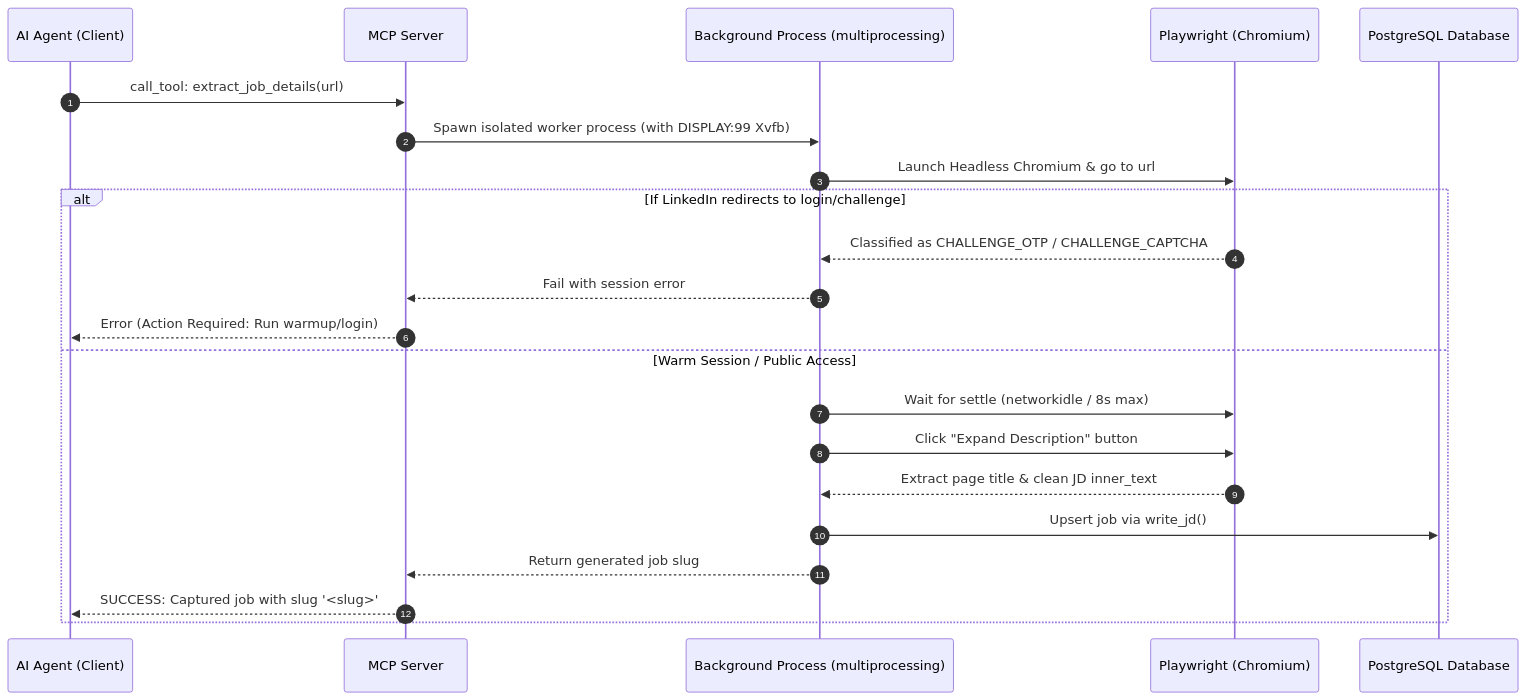
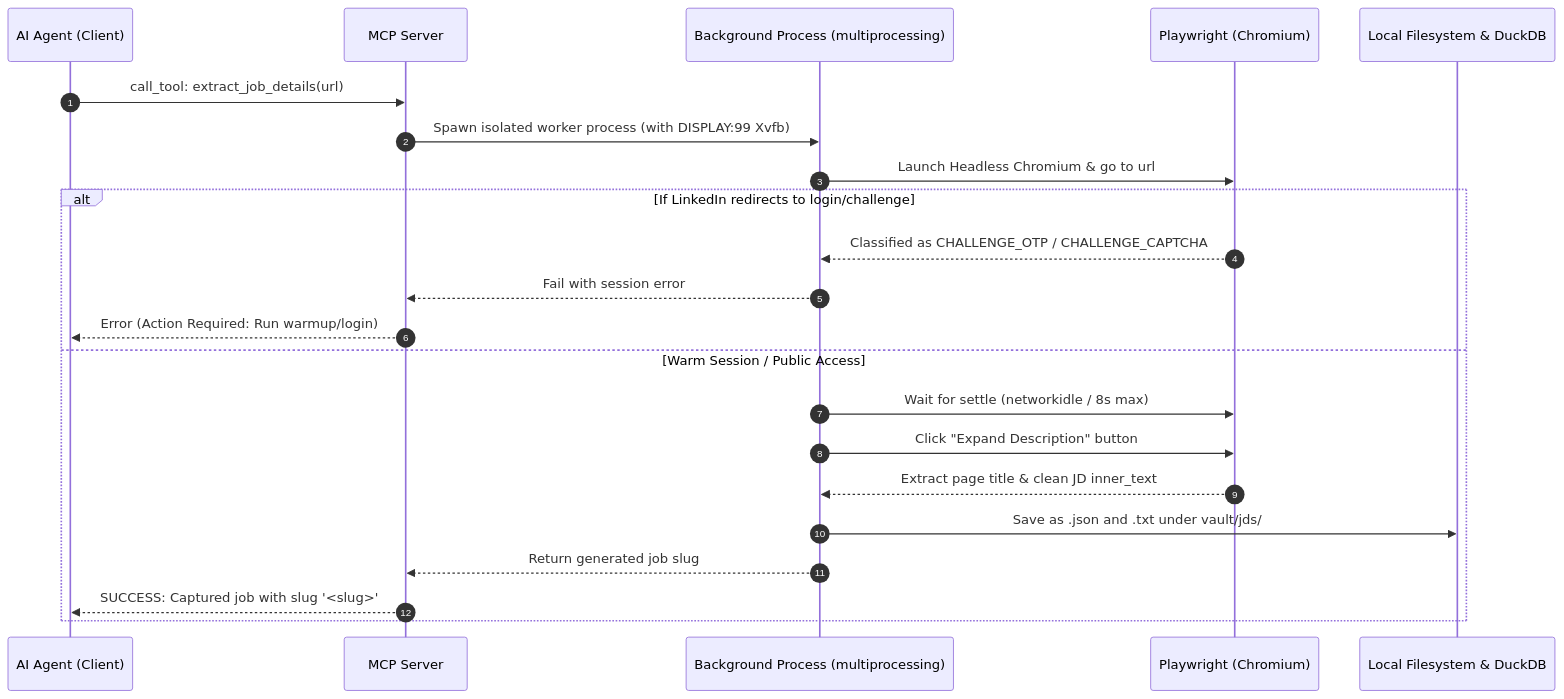
One commit to radheem/my-cv changed the third of 3 diagrams in docs/mcp-workflows.md. Above: the diagram before and after it, drawn with Mermaid. The commit also changed other lines of this file and 46 other files, not shown here.

````diff
--- a/docs/mcp-workflows.md
+++ b/docs/mcp-workflows.md
@@ -59,26 +59,26 @@
 ```mermaid
 sequenceDiagram
     autonumber
     participant Agent as AI Agent (Client)
     participant MCP as MCP Server
     participant Worker as Background Process (multiprocessing)
     participant Chrome as Playwright (Chromium)
-    participant DB as PostgreSQL Database
+    participant FS as Local Filesystem & DuckDB
 
     Agent->>MCP: call_tool: extract_job_details(url)
     MCP->>Worker: Spawn isolated worker process (with DISPLAY:99 Xvfb)
     Worker->>Chrome: Launch Headless Chromium & go to url
     
     alt If LinkedIn redirects to login/challenge
         Chrome-->>Worker: Classified as CHALLENGE_OTP / CHALLENGE_CAPTCHA
         Worker-->>MCP: Fail with session error
         MCP-->>Agent: Error (Action Required: Run warmup/login)
     else Warm Session / Public Access
         Worker->>Chrome: Wait for settle (networkidle / 8s max)
         Worker->>Chrome: Click "Expand Description" button
         Chrome-->>Worker: Extract page title & clean JD inner_text
-        Worker->>DB: Upsert job via write_jd()
+        Worker->>FS: Save as .json and .txt under vault/jds/
         Worker-->>MCP: Return generated job slug
         MCP-->>Agent: SUCCESS: Captured job with slug '<slug>'
     end
 ```
````
